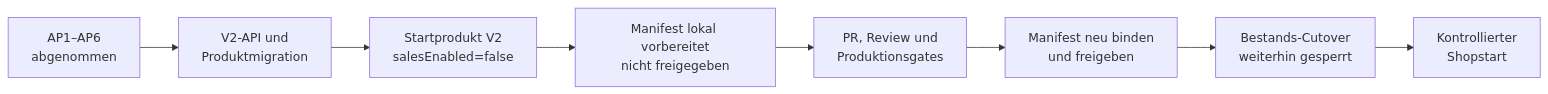
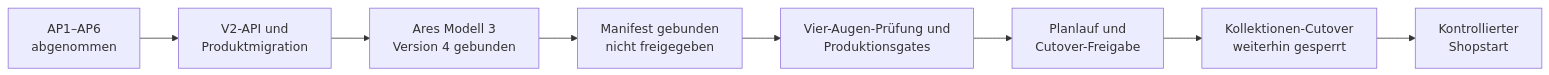
Before and after one commit to Bumpers210/armband-rechner: the diagram in docs/carmaja-shop-finaler-produktionsplan.md, drawn with Mermaid. The commit also changed other lines of this file and 4 other files, not shown here.

Commit message:
Binde Ares an den Kollektionen-Cutover

````diff
--- a/docs/carmaja-shop-finaler-produktionsplan.md
+++ b/docs/carmaja-shop-finaler-produktionsplan.md
@@ -99,10 +101,10 @@
 ```mermaid
 flowchart LR
     A["AP1–AP6\nabgenommen"] --> B["V2-API und\nProduktmigration"]
-    B --> C["Startprodukt V2\nsalesEnabled=false"]
-    C --> D["Manifest lokal vorbereitet\nnicht freigegeben"]
-    D --> E["PR, Review und\nProduktionsgates"]
-    E --> F["Manifest neu binden\nund freigeben"]
-    F --> G["Bestands-Cutover\nweiterhin gesperrt"]
+    B --> C["Ares Modell 3\nVersion 4 gebunden"]
+    C --> D["Manifest gebunden\nnicht freigegeben"]
+    D --> E["Vier-Augen-Prüfung und\nProduktionsgates"]
+    E --> F["Planlauf und\nCutover-Freigabe"]
+    F --> G["Kollektionen-Cutover\nweiterhin gesperrt"]
     G --> H["Kontrollierter\nShopstart"]
 ```
````
